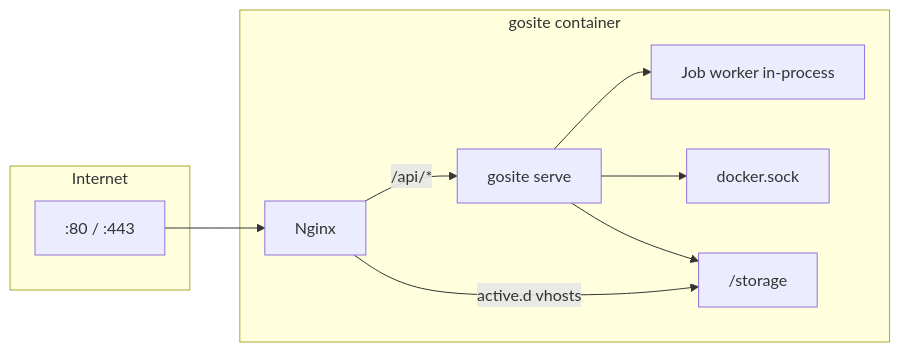
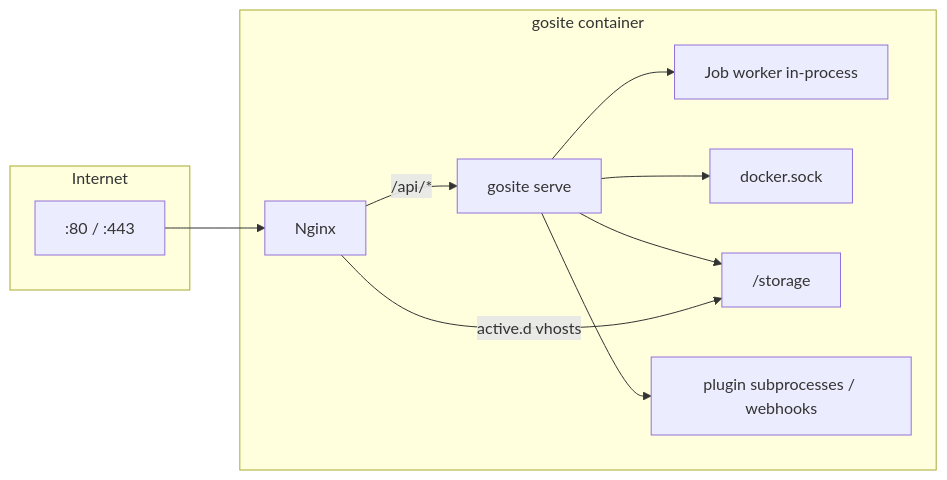
Before and after one commit to jahrulnr/GoSite: the diagram in docs/architecture.md, drawn with Mermaid. The commit also changed other lines of this file and 12 other files, not shown here.

First line of the commit message:
docs: refresh core architecture, domain model, and API inventory for v1.3.1

````diff
--- a/docs/architecture.md
+++ b/docs/architecture.md
@@ -14,21 +16,23 @@
 ```mermaid
 flowchart LR
     subgraph Internet
         P80[":80 / :443"]
     end
 
     subgraph Container["gosite container"]
         NGX[Nginx]
         APP[gosite serve]
         WORKER[Job worker in-process]
         SOCK[docker.sock]
         STG["/storage"]
+        PLG["plugin subprocesses / webhooks"]
     end
 
     P80 --> NGX
     NGX -->|"/api/*"| APP
     NGX -->|active.d vhosts| STG
     APP --> STG
     APP --> WORKER
     APP --> SOCK
+    APP --> PLG["plugin subprocesses / webhooks"]
 ```
````
